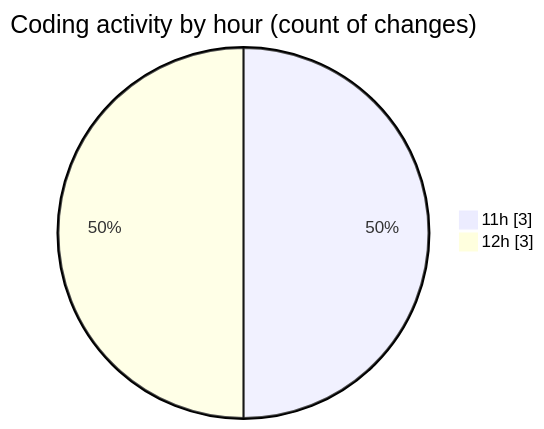
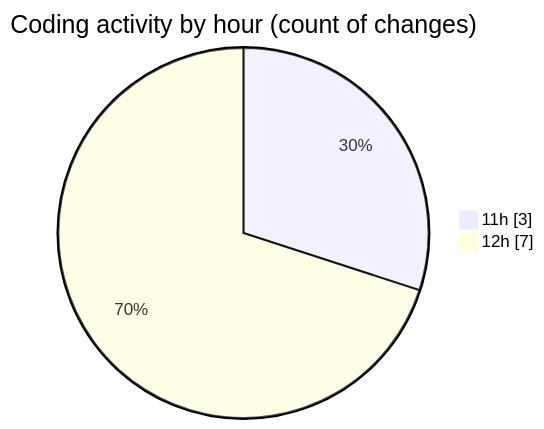
The second of 2 diagrams in 2025-06-07/studio-backend/README.md (idhammustaqopulfikri/code-tracking), drawn with Mermaid before and after one commit. The commit also changed other lines of this file and 1 other file, not shown here.

````diff
--- a/2025-06-07/studio-backend/README.md
+++ b/2025-06-07/studio-backend/README.md
@@ -33,6 +36,6 @@
 ```mermaid
 pie showData
 title Coding activity by hour (count of changes)
 "11h" : 3
-"12h" : 3
+"12h" : 7
 ```
````
